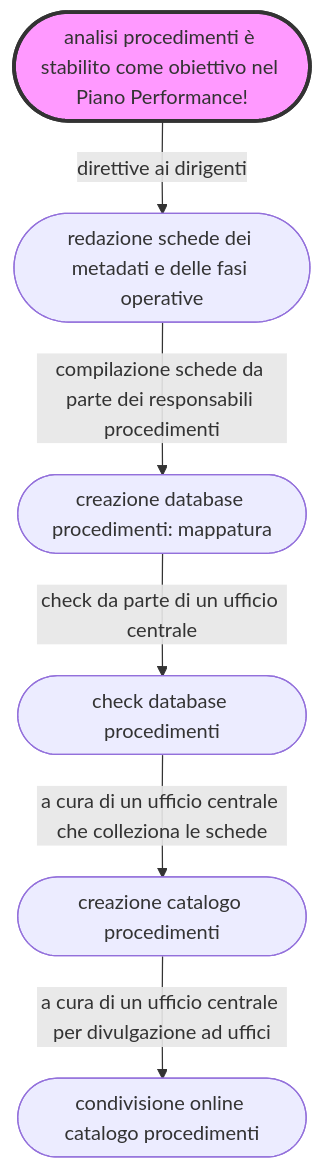
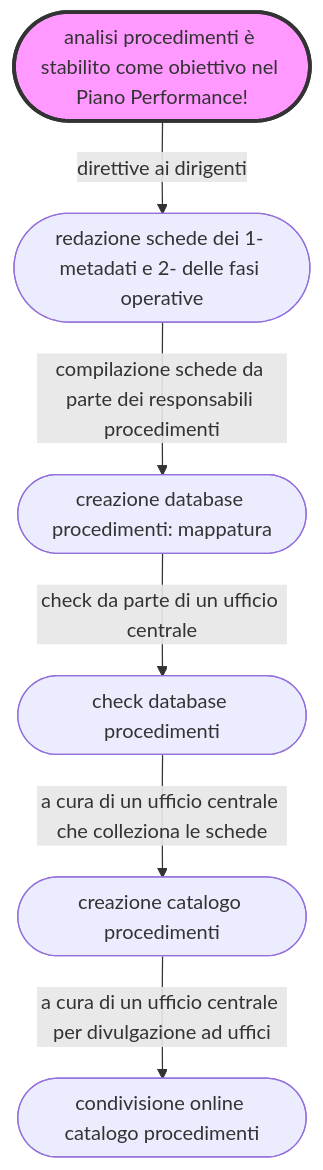
One commit to UO-TransizioneDigitaleComunePalermo/mappatura-procedimenti-amministrativi changed the diagram in docs/index.md. Above: the diagram before and after it, drawn with Mermaid.

````diff
--- a/docs/index.md
+++ b/docs/index.md
@@ -21,9 +21,9 @@
 ``` mermaid
 graph TD
-A([analisi procedimenti è stabilito come obiettivo nel Piano Performance!]) -->|direttive ai dirigenti| B([redazione schede dei metadati e delle fasi operative])
+A([analisi procedimenti è stabilito come obiettivo nel Piano Performance!]) -->|direttive ai dirigenti| B([redazione schede dei 1- metadati e 2- delle fasi operative])
 B -->|compilazione schede da parte dei responsabili procedimenti| C([creazione database procedimenti: mappatura]) 
 C -->|check da parte di un ufficio centrale| D([check database procedimenti]) 
 D -->|a cura di un ufficio centrale che colleziona le schede| E([creazione catalogo procedimenti]) 
 E -->|a cura di un ufficio centrale per divulgazione ad uffici| F([condivisione online catalogo procedimenti])
 style A fill:#f9f,stroke:#333,stroke-width:3px
 ```
````
